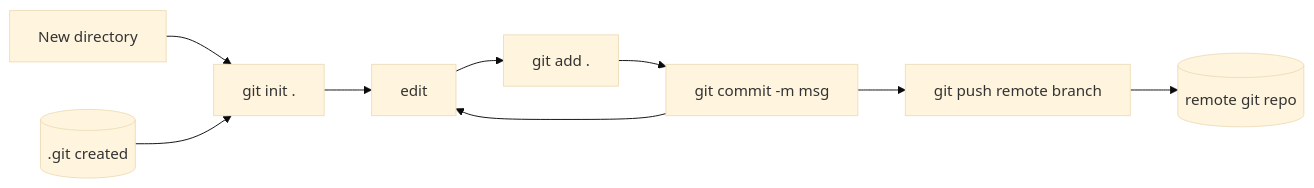
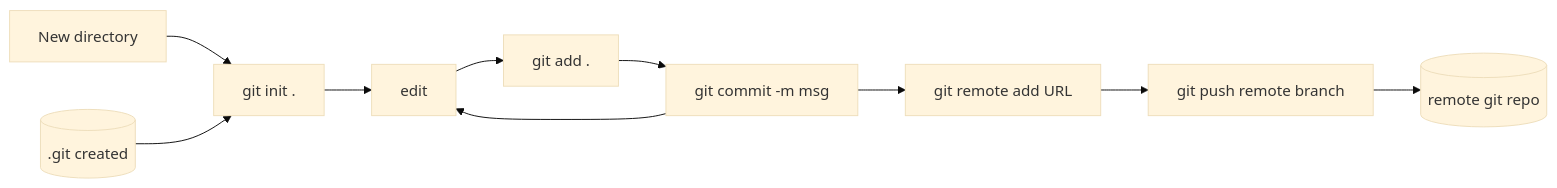
One commit to flygarej/markdowndemo changed the first of 2 diagrams in gitremote.md. Above: the diagram before and after it, drawn with Mermaid (base theme). The commit also changed other lines of this file, not shown here.

````diff
--- a/gitremote.md
+++ b/gitremote.md
@@ -1,11 +3,12 @@
 ```mermaid
   flowchart LR;
     A[New directory]-->B[git init .];
     R1[(.git created)]-->B;
     B-->C[edit];
     C-->D[git add .];
     D-->E[git commit -m msg];
     E-->C;
-    E-->G[git push remote branch];
+    E-->F[git remote add <remote> URL];
+    F-->G[git push remote branch];
     G-->R2[(remote git repo)];
 ```
````
